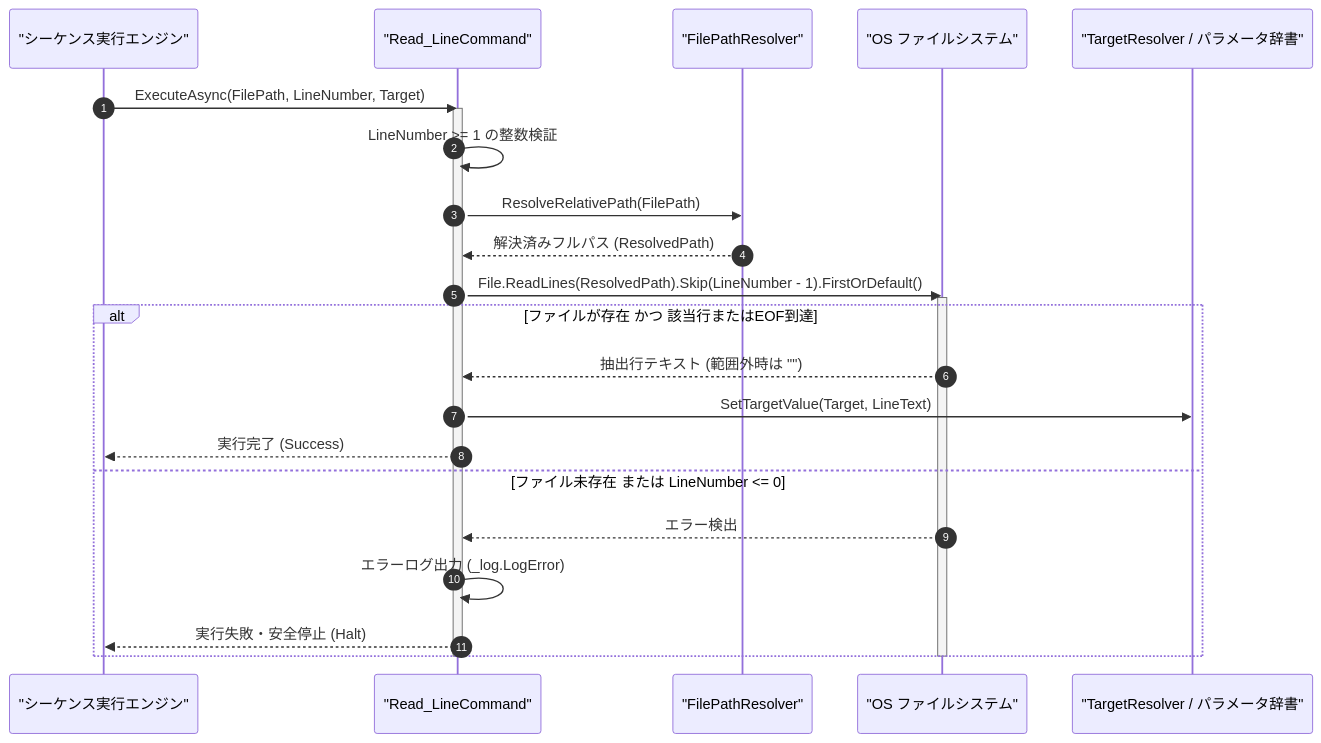
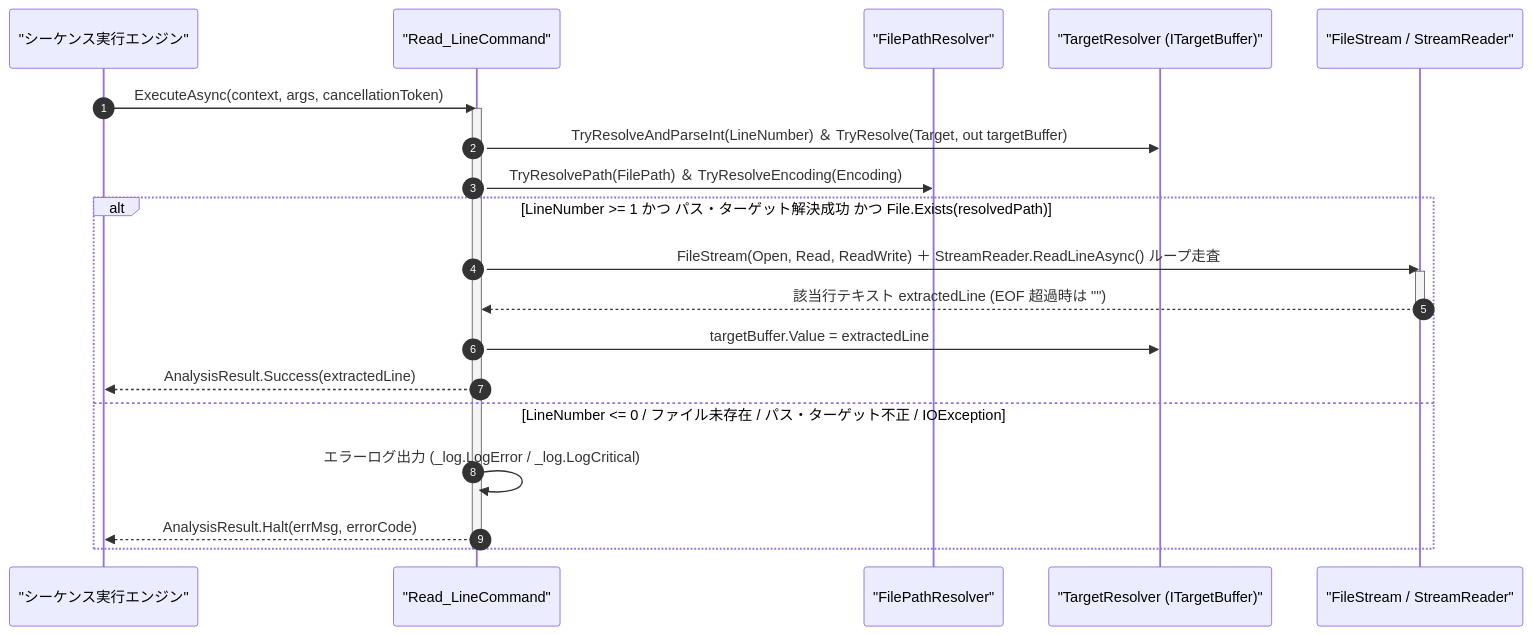
One commit to Monaca-App/TermAddIn changed the diagram in Manual/Core/File/Read_Line.Md. Above: the diagram before and after it, drawn with Mermaid. The commit also changed other lines of this file and 157 other files, not shown here.

````diff
--- a/Manual/Core/File/Read_Line.Md
+++ b/Manual/Core/File/Read_Line.Md
@@ -68,28 +68,26 @@
 ```mermaid
 sequenceDiagram
     autonumber
     participant Engine as "シーケンス実行エンジン"
     participant Cmd as "Read_LineCommand"
     participant Resolver as "FilePathResolver"
-    participant FS as "OS ファイルシステム"
-    participant Target as "TargetResolver / パラメータ辞書"
+    participant Target as "TargetResolver (ITargetBuffer)"
+    participant FS as "FileStream / StreamReader"
 
-    Engine->>Cmd: ExecuteAsync(FilePath, LineNumber, Target)
+    Engine->>Cmd: ExecuteAsync(context, args, cancellationToken)
     activate Cmd
-    Cmd->>Cmd: LineNumber >= 1 の整数検証
-    Cmd->>Resolver: ResolveRelativePath(FilePath)
-    Resolver-->>Cmd: 解決済みフルパス (ResolvedPath)
-    Cmd->>FS: File.ReadLines(ResolvedPath).Skip(LineNumber - 1).FirstOrDefault()
-    activate FS
-    alt ファイルが存在 かつ 該当行またはEOF到達
-        FS-->>Cmd: 抽出行テキスト (範囲外時は "")
-        Cmd->>Target: SetTargetValue(Target, LineText)
-        Cmd-->>Engine: 実行完了 (Success)
-    else ファイル未存在 または LineNumber <= 0
-        FS-->>Cmd: エラー検出
-        Cmd->>Cmd: エラーログ出力 (_log.LogError)
-        Cmd-->>Engine: 実行失敗・安全停止 (Halt)
+    Cmd->>Target: TryResolveAndParseInt(LineNumber) ＆ TryResolve(Target, out targetBuffer)
+    Cmd->>Resolver: TryResolvePath(FilePath) ＆ TryResolveEncoding(Encoding)
+    alt LineNumber >= 1 かつ パス・ターゲット解決成功 かつ File.Exists(resolvedPath)
+        Cmd->>FS: FileStream(Open, Read, ReadWrite) ＋ StreamReader.ReadLineAsync() ループ走査
+        activate FS
+        FS-->>Cmd: 該当行テキスト extractedLine (EOF 超過時は "")
+        deactivate FS
+        Cmd->>Target: targetBuffer.Value = extractedLine
+        Cmd-->>Engine: AnalysisResult.Success(extractedLine)
+    else LineNumber <= 0 / ファイル未存在 / パス・ターゲット不正 / IOException
+        Cmd->>Cmd: エラーログ出力 (_log.LogError / _log.LogCritical)
+        Cmd-->>Engine: AnalysisResult.Halt(errMsg, errorCode)
     end
-    deactivate FS
     deactivate Cmd
 ```
````
